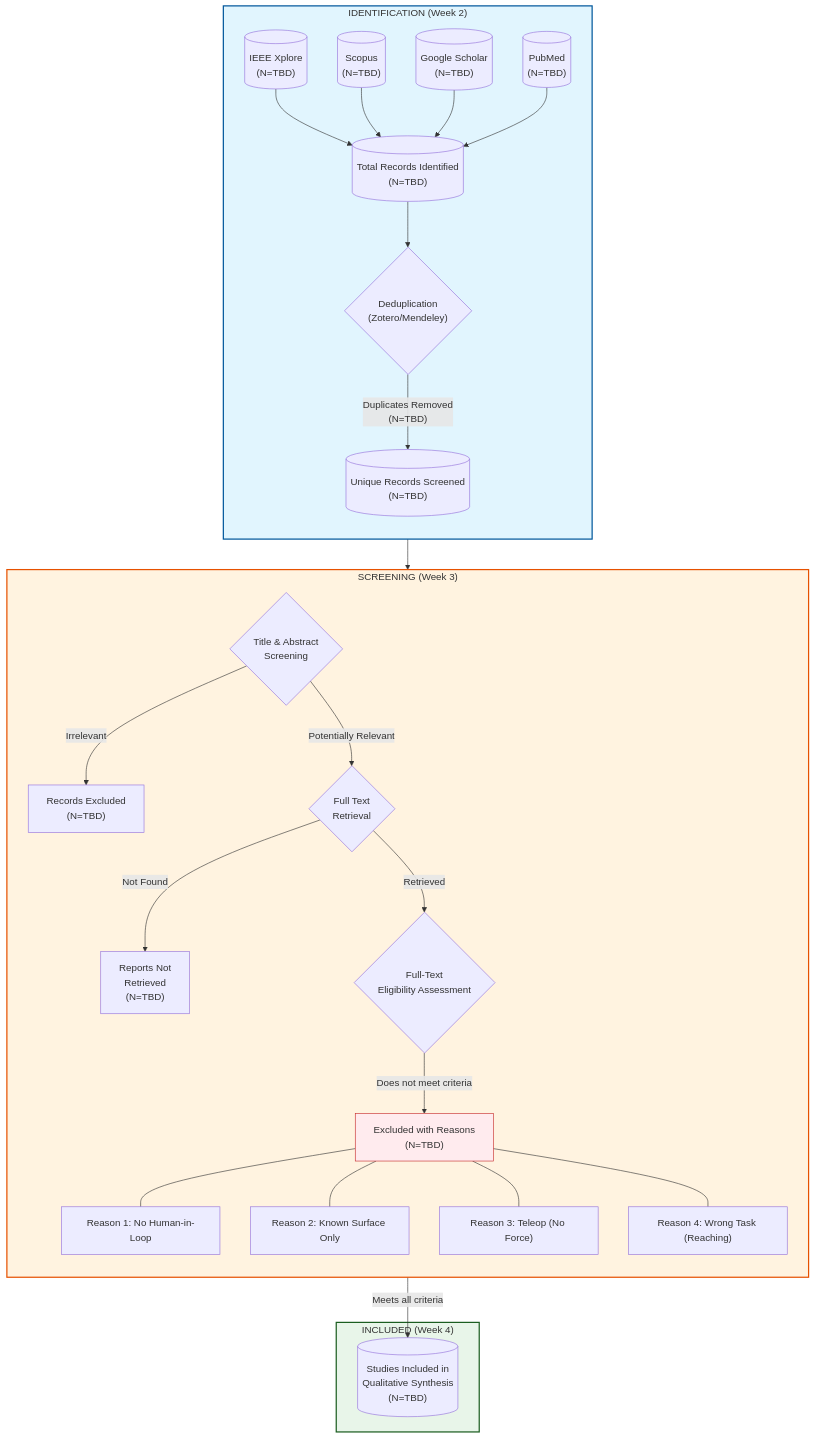
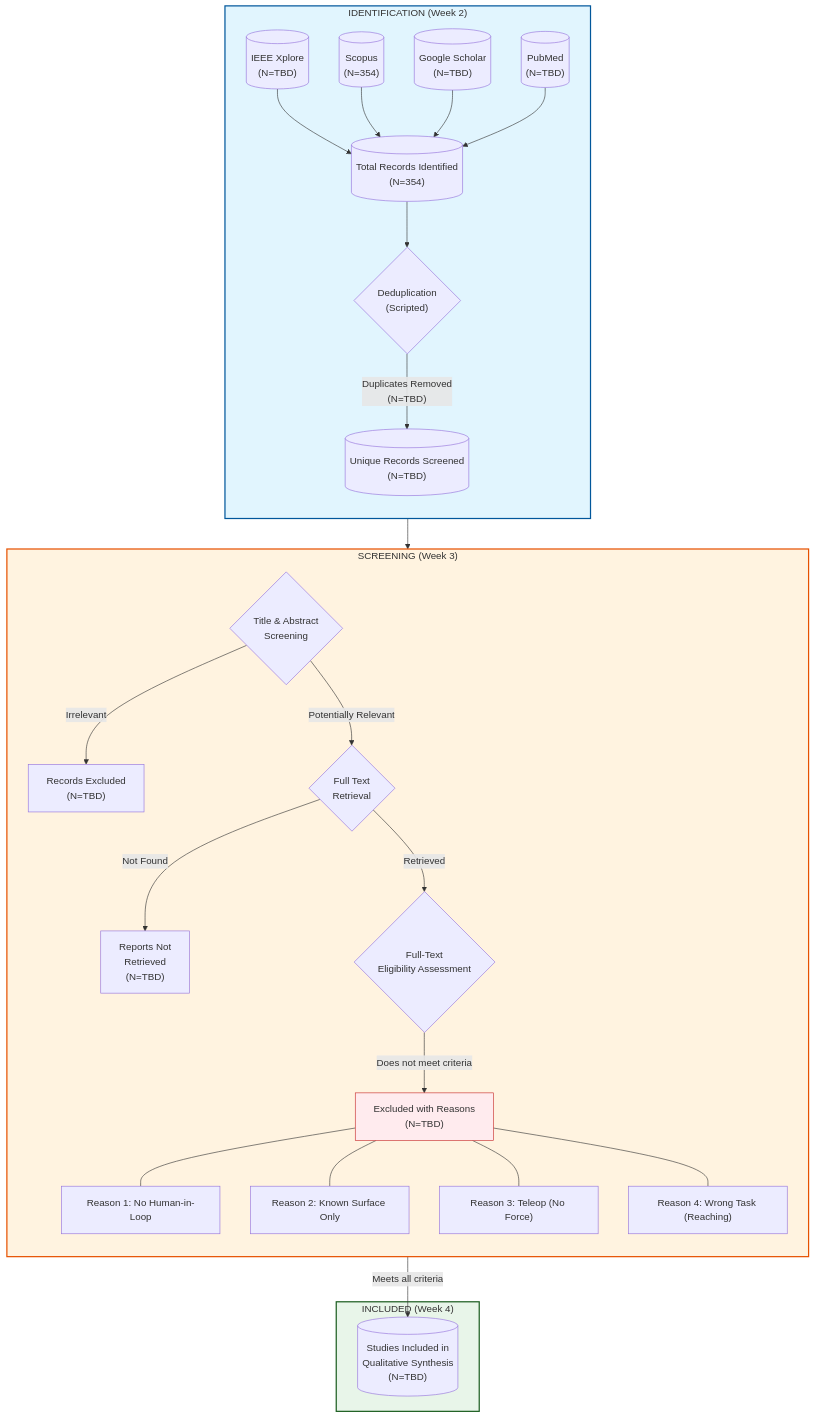
Before and after one commit to ralphdesir1/Literature_Review_Project: the diagram in prisma_flow.mermaid, drawn with Mermaid. The commit also changed 11 other files, not shown here.

```diff
--- a/prisma_flow.mermaid
+++ b/prisma_flow.mermaid
@@ -1,75 +1,75 @@
 flowchart TD
     %% ==================================================================================
     %% PRISMA 2020 FLOW DIAGRAM FOR SYSTEMATIC REVIEWS
     %% Phase: IDENTIFICATION -> SCREENING -> INCLUDED
     %% ==================================================================================
 
     subgraph Identification ["IDENTIFICATION (Week 2)"]
         direction TB
         DB1[("IEEE Xplore\n(N=TBD)")]
-        DB2[("Scopus\n(N=TBD)")]
+        DB2[("Scopus\n(N=354)")]
         DB3[("Google Scholar\n(N=TBD)")]
         DB4[("PubMed\n(N=TBD)")]
         
-        Total_Raw[("Total Records Identified\n(N=TBD)")]
+        Total_Raw[("Total Records Identified\n(N=354)")]
         
-        Dedupe_Process{"Deduplication\n(Zotero/Mendeley)"}
+        Dedupe_Process{"Deduplication\n(Scripted)"}
         Total_Unique[("Unique Records Screened\n(N=TBD)")]
     end
 
     subgraph Screening ["SCREENING (Week 3)"]
         direction TB
         Title_Abs_Screen{"Title & Abstract\nScreening"}
         
         Excluded_Title["Records Excluded\n(N=TBD)"]
         
         Retrieval{"Full Text\nRetrieval"}
         Not_Retrieved["Reports Not\nRetrieved\n(N=TBD)"]
         
         Full_Text_Assess{"Full-Text\nEligibility Assessment"}
         
         Excluded_Reason["Excluded with Reasons\n(N=TBD)"]
         Reason1["Reason 1: No Human-in-Loop"]
         Reason2["Reason 2: Known Surface Only"]
         Reason3["Reason 3: Teleop (No Force)"]
         Reason4["Reason 4: Wrong Task (Reaching)"]
     end
 
     subgraph Included ["INCLUDED (Week 4)"]
         Final_Included[("Studies Included in\nQualitative Synthesis\n(N=TBD)")]
     end
 
     %% ==================================================================================
     %% CONNECTIONS
     %% ==================================================================================
 
     DB1 --> Total_Raw
     DB2 --> Total_Raw
     DB3 --> Total_Raw
     DB4 --> Total_Raw
 
     Total_Raw --> Dedupe_Process
     Dedupe_Process -->|"Duplicates Removed\n(N=TBD)"| Total_Unique
     
     Total_Unique --> Title_Abs_Screen
     Title_Abs_Screen -->|"Irrelevant"| Excluded_Title
     Title_Abs_Screen -->|"Potentially Relevant"| Retrieval
     
     Retrieval -->|"Not Found"| Not_Retrieved
     Retrieval -->|"Retrieved"| Full_Text_Assess
     
     Full_Text_Assess -->|"Does not meet criteria"| Excluded_Reason
     Excluded_Reason --- Reason1
     Excluded_Reason --- Reason2
     Excluded_Reason --- Reason3
     Excluded_Reason --- Reason4
     
     Full_Text_Assess -->|"Meets all criteria"| Final_Included
 
     %% ==================================================================================
     %% STYLING
     %% ==================================================================================
     style Identification fill:#e1f5fe,stroke:#01579b,stroke-width:2px
     style Screening fill:#fff3e0,stroke:#e65100,stroke-width:2px
     style Included fill:#e8f5e9,stroke:#1b5e20,stroke-width:2px
     style Excluded_Reason fill:#ffebee,stroke:#c62828
```
